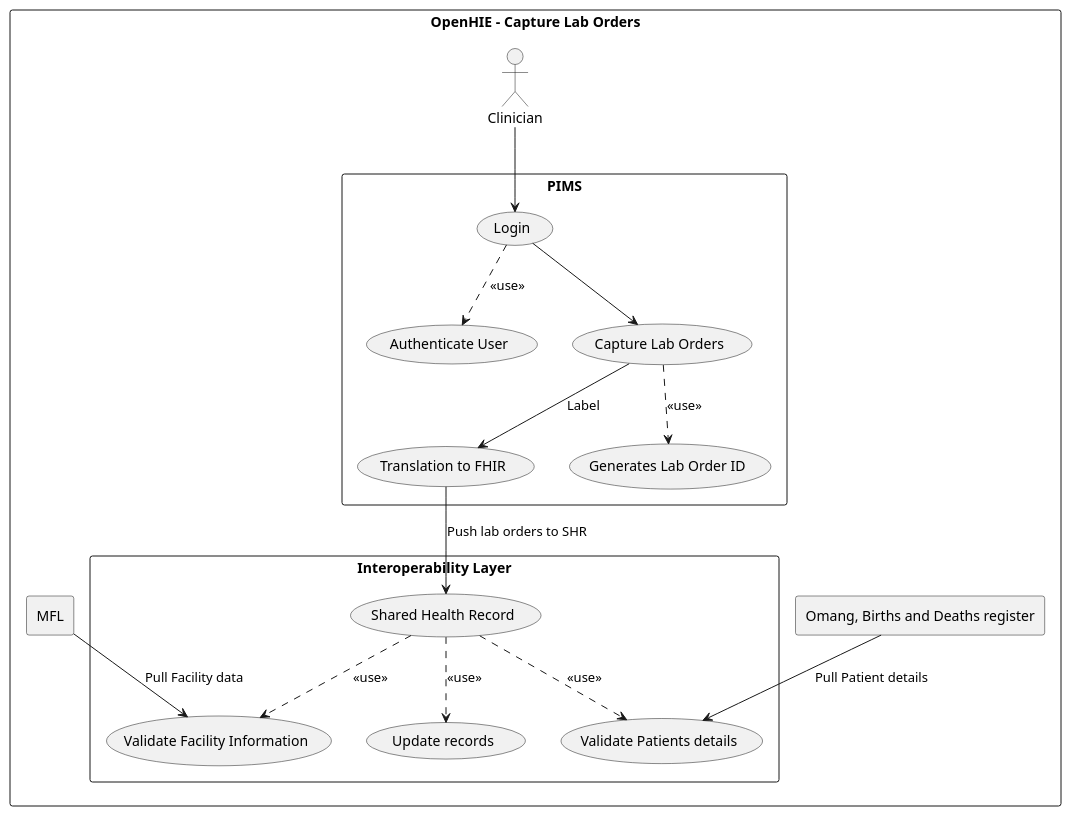
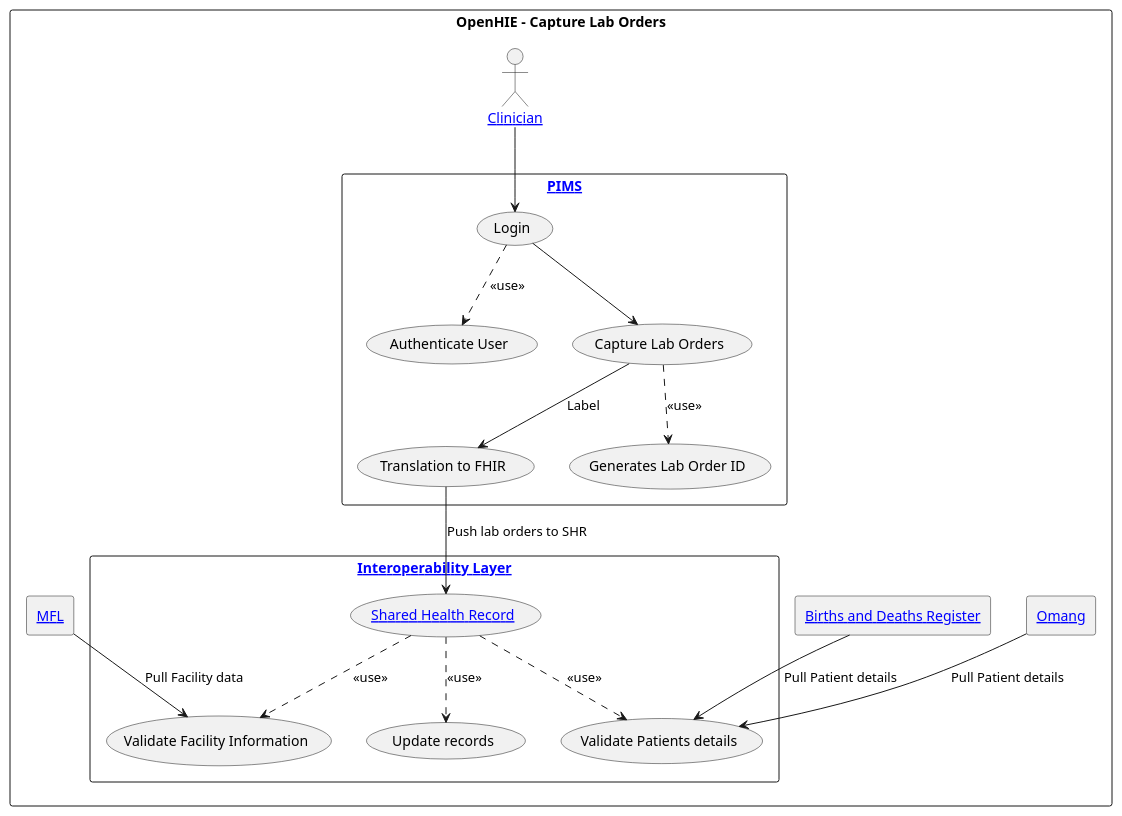
The diagram in input/images-source/captureLabOrders.plantuml (jembi/botswana-hie-fhir-ig), drawn with PlantUML before and after one commit. The commit also changed 6 other files, not shown here.

```diff
--- a/input/images-source/captureLabOrders.plantuml
+++ b/input/images-source/captureLabOrders.plantuml
@@ -1,42 +1,44 @@
 @startuml CaptureLabOrders
 top to bottom direction
 rectangle "OpenHIE - Capture Lab Orders" as CaptureLabOrders {
-  actor "Clinician" as clinician
-  rectangle PIMS {
+  actor "[[ActorDefinition-ClinicianActorDefinitionExample.html Clinician]]" as clinician
+  rectangle "[[ActorDefinition-PIMSActorDefinitionExample.html PIMS]]" as PIMS {
   usecase "Login" as CLO1
   usecase "Authenticate User" as CLO2
   usecase "Capture Lab Orders" as CLO3
   usecase "Translation to FHIR" as CLO4
   usecase "Generates Lab Order ID" as CLO5
   }
 
 clinician --> CLO1
 
 (CLO1) ..> (CLO2) : "<<use>>"
 (CLO3) ..> (CLO5) : "<<use>>"
 
 CLO1 --> CLO3
 CLO3 --> CLO4 : "Label"
 
  
-  rectangle "Interoperability Layer" as OpenHIM {
+  rectangle "[[ActorDefinition-InteroperabilityLayerActorDefinitionExample.html Interoperability Layer]]" as OpenHIM {
     usecase "Update records" as OHIM1
-    usecase "Shared Health Record" as OHIM2
+    usecase "[[ActorDefinition-SHRActorDefinitionExample.html Shared Health Record]]" as OHIM2
     usecase "Validate Patients details" as OHIM3
     usecase "Validate Facility Information" as OHIM4
   }
 
   CLO4 --> OHIM2 : "Push lab orders to SHR"
 
   (OHIM2) ..> (OHIM1) : "<<use>>"
   (OHIM2) ..> (OHIM3) : "<<use>>"
   (OHIM2) ..> (OHIM4) : "<<use>>"
 
-  rectangle "Omang, Births and Deaths register" as Omang
-  rectangle MFL
+  rectangle "[[ActorDefinition-OmangActorDefinitionExample.html Omang]]" as Omang
+  rectangle "[[ActorDefinition-BDRSActorDefinitionExample.html Births and Deaths Register]]" as BDRS
+  rectangle "[[ActorDefinition-MFLActorDefinitionExample.html MFL]]" as MFL
 
   (Omang) --> (OHIM3) : "Pull Patient details"
+  (BDRS) --> (OHIM3) : "Pull Patient details"
   (MFL) --> (OHIM4) : "Pull Facility data"
 }
 
 @enduml
```
